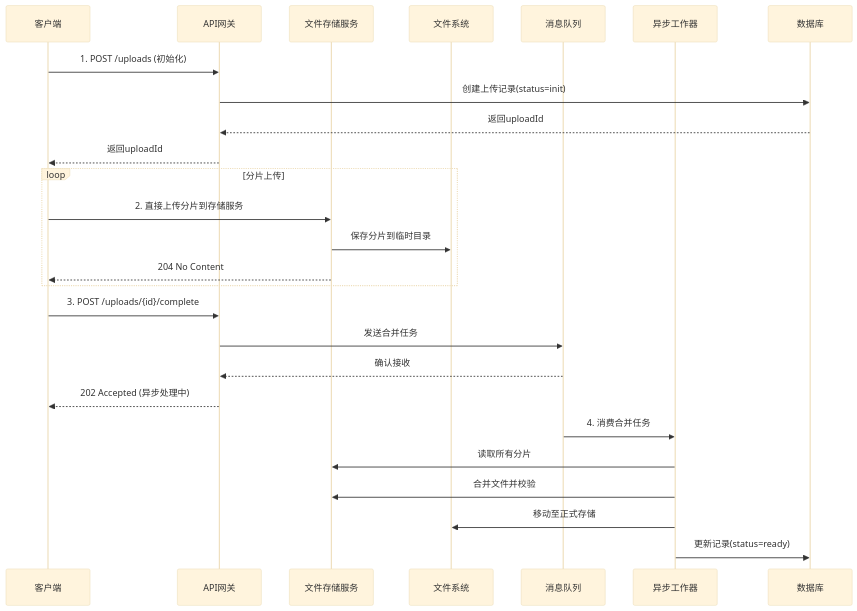
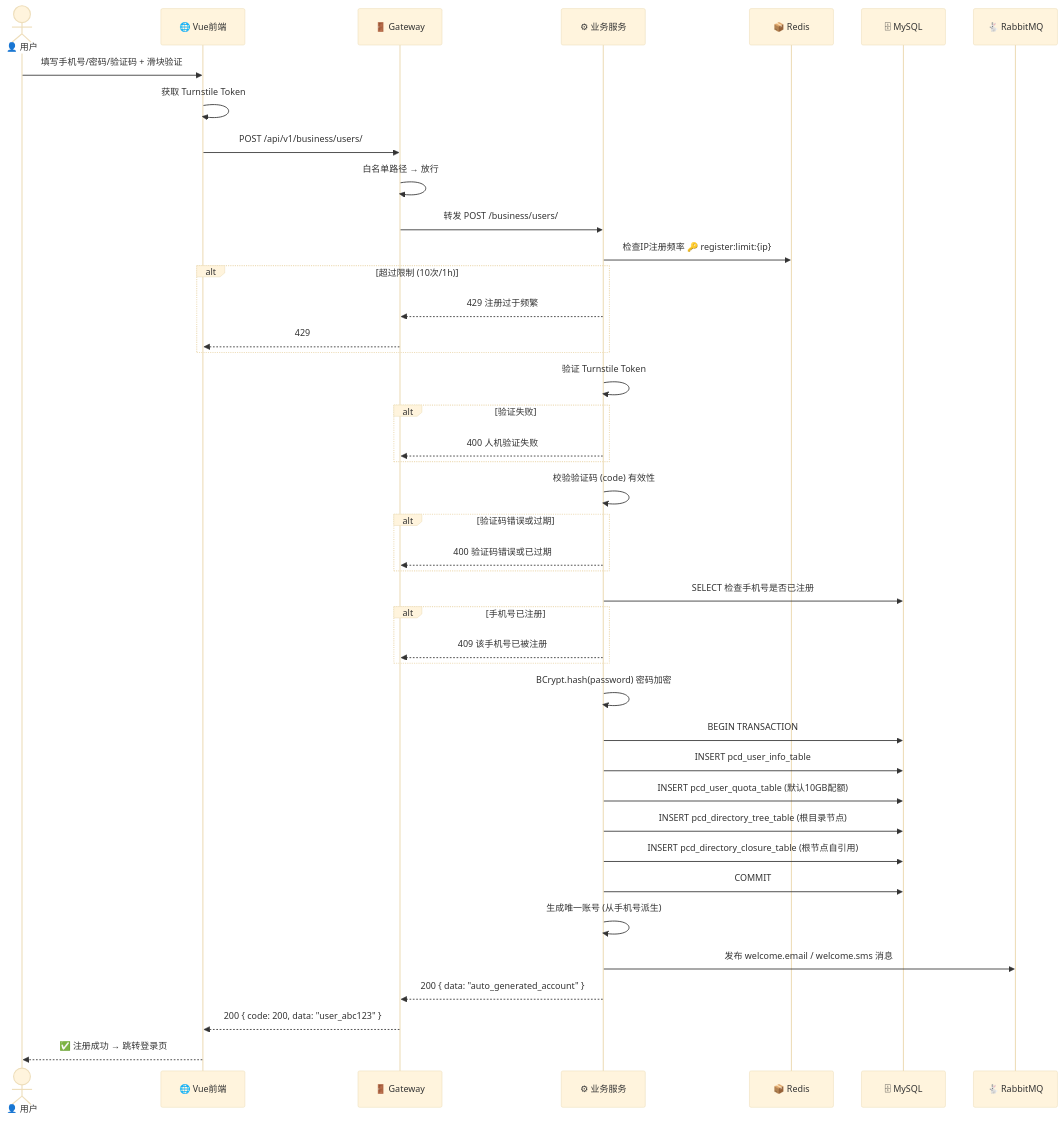
The fifth of 13 diagrams in README.md (spade-kk/PrivateCloudDisk-Project), drawn with Mermaid (base theme) before and after one commit. The commit also changed other lines of this file and 60 other files, not shown here.

````diff
--- a/README.md
+++ b/README.md
@@ -38,32 +216,52 @@
 ```mermaid
 sequenceDiagram
-  participant Client as 客户端
-  participant API as API网关
-  participant Storage as 文件存储服务
-  participant FS as 文件系统
-  participant MQ as 消息队列
-  participant Worker as 异步工作器
-  participant DB as 数据库
+    actor User as 👤 用户
+    participant Web as 🌐 Vue前端
+    participant GW as 🚪 Gateway
+    participant BS as ⚙ 业务服务
+    participant Redis as 📦 Redis
+    participant MySQL as 🗄 MySQL
+    participant MQ as 🐇 RabbitMQ
 
-  Client->>API: 1. POST /uploads (初始化)
-  API->>DB: 创建上传记录(status=init)
-  DB-->>API: 返回uploadId
-  API-->>Client: 返回uploadId
-  
-  loop 分片上传
-    Client->>Storage: 2. 直接上传分片到存储服务
-    Storage->>FS: 保存分片到临时目录
-    Storage-->>Client: 204 No Content
-  end
-  
-  Client->>API: 3. POST /uploads/{id}/complete
-  API->>MQ: 发送合并任务
-  MQ-->>API: 确认接收
-  API-->>Client: 202 Accepted (异步处理中)
-  
-  MQ->>Worker: 4. 消费合并任务
-  Worker->>Storage: 读取所有分片
-  Worker->>Storage: 合并文件并校验
-  Worker->>FS: 移动至正式存储
-  Worker->>DB: 更新记录(status=ready)
+    User->>Web: 填写手机号/密码/验证码 + 滑块验证
+    Web->>Web: 获取 Turnstile Token
+    Web->>GW: POST /api/v1/business/users/
+    GW->>GW: 白名单路径 → 放行
+    GW->>BS: 转发 POST /business/users/
+
+    BS->>Redis: 检查IP注册频率 🔑 register:limit:{ip}
+    alt 超过限制 (10次/1h)
+        BS-->>GW: 429 注册过于频繁
+        GW-->>Web: 429
+    end
+
+    BS->>BS: 验证 Turnstile Token
+    alt 验证失败
+        BS-->>GW: 400 人机验证失败
+    end
+
+    BS->>BS: 校验验证码 (code) 有效性
+    alt 验证码错误或过期
+        BS-->>GW: 400 验证码错误或已过期
+    end
+
+    BS->>MySQL: SELECT 检查手机号是否已注册
+    alt 手机号已注册
+        BS-->>GW: 409 该手机号已被注册
+    end
+
+    BS->>BS: BCrypt.hash(password) 密码加密
+    BS->>MySQL: BEGIN TRANSACTION
+    BS->>MySQL: INSERT pcd_user_info_table
+    BS->>MySQL: INSERT pcd_user_quota_table (默认10GB配额)
+    BS->>MySQL: INSERT pcd_directory_tree_table (根目录节点)
+    BS->>MySQL: INSERT pcd_directory_closure_table (根节点自引用)
+    BS->>MySQL: COMMIT
+
+    BS->>BS: 生成唯一账号 (从手机号派生)
+    BS->>MQ: 发布 welcome.email / welcome.sms 消息
+
+    BS-->>GW: 200 { data: "auto_generated_account" }
+    GW-->>Web: 200 { code: 200, data: "user_abc123" }
+    Web-->>User: ✅ 注册成功 → 跳转登录页
 ```
````
